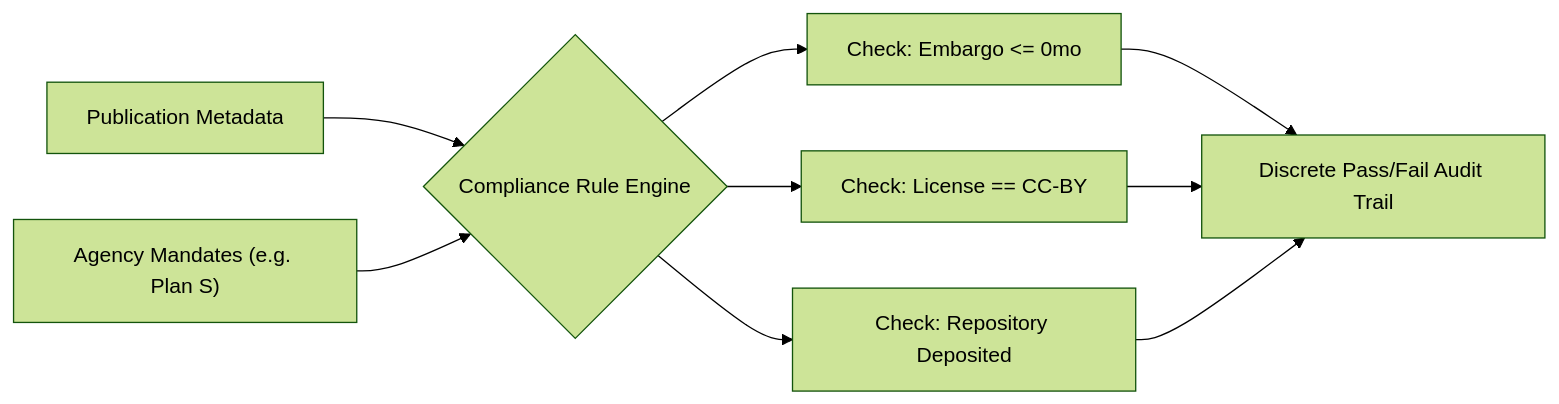
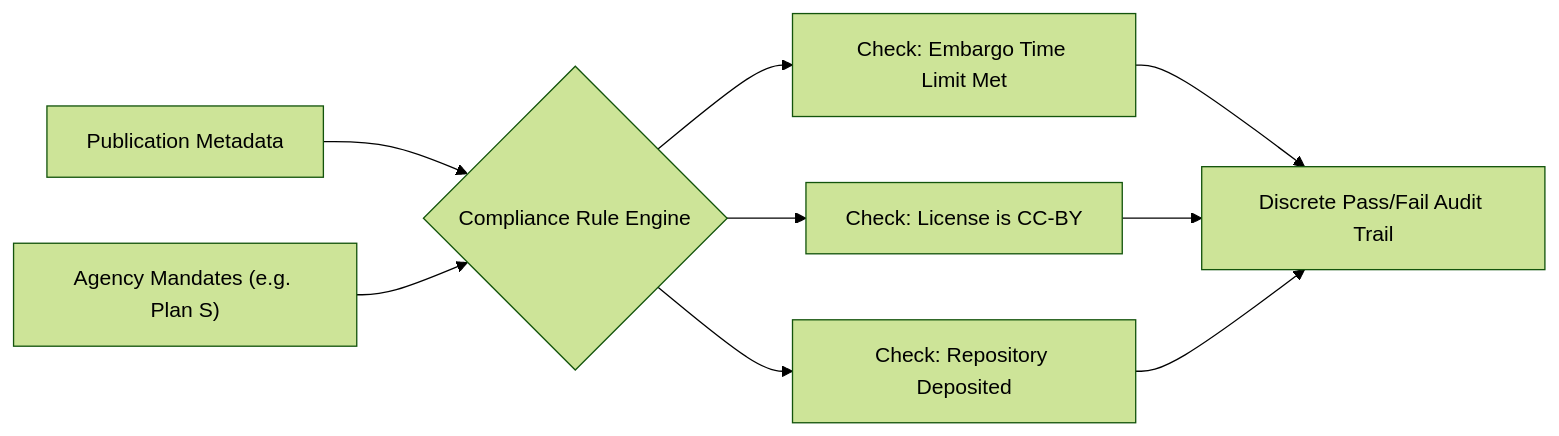
One commit to Panchadip-128/Copyrights-Patents changed the fourth of 4 diagrams in aricca_x/README.md. Above: the diagram before and after it, drawn with Mermaid (forest theme). The commit also changed 1 other file, not shown here.

Commit message:
docs: massively expand technical specification to 15-page legal standard and fix README mermaid syntax

````diff
--- a/aricca_x/README.md
+++ b/aricca_x/README.md
@@ -123,11 +123,11 @@
 ```mermaid
 graph LR
     Pub["Publication Metadata"] --> Engine{"Compliance Rule Engine"}
     Mandate["Agency Mandates (e.g. Plan S)"] --> Engine
     
-    Engine --> Check1["Check: Embargo <= 0mo"]
-    Engine --> Check2["Check: License == CC-BY"]
+    Engine --> Check1["Check: Embargo Time Limit Met"]
+    Engine --> Check2["Check: License is CC-BY"]
     Engine --> Check3["Check: Repository Deposited"]
     
     Check1 & Check2 & Check3 --> Output["Discrete Pass/Fail Audit Trail"]
 ```
````
